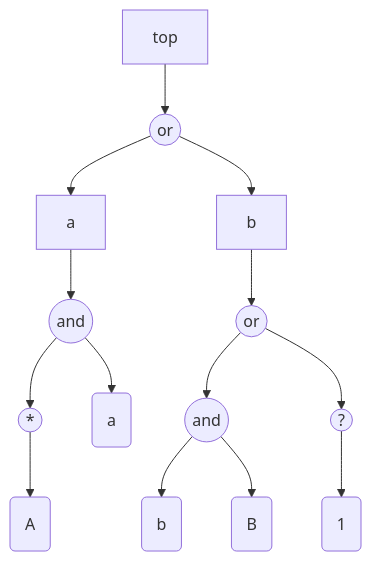
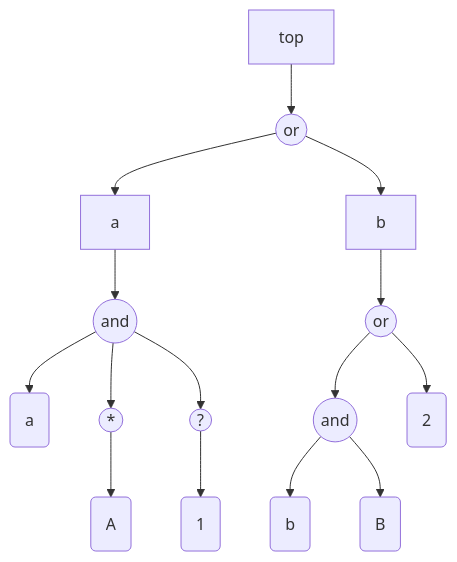
One commit to antononcube/Raku-FunctionalParsers changed the second of 3 diagrams in README.md. Above: the diagram before and after it, drawn with Mermaid. The commit also changed other lines of this file and 1 other file, not shown here.

Commit message:
docs:Better MermaidJS examples.

````diff
--- a/README.md
+++ b/README.md
@@ -355,30 +357,32 @@
 ```mermaid
 graph TD
-	opt14((?))
 	T:A(A)
+	T:B(B)
+	seq5((and))
+	alt12((or))
+	T:a(a)
+	rep7((*))
+	T:2(2)
+	NT:b[b]
+	opt9((?))
+	NT:a[a]
+	seq13((and))
 	T:b(b)
-	T:a(a)
+	alt1((or))
+	T:1(1)
 	NT:top[top]
-	rep7((*))
-	seq11((and))
-	NT:b[b]
-	T:1(1)
-	alt1((or))
-	seq5((and))
-	T:B(B)
-	NT:a[a]
-	alt10((or))
 	alt1 --> NT:a
 	alt1 --> NT:b
 	NT:top --> alt1
 	rep7 --> T:A
+	opt9 --> T:1
 	seq5 --> T:a
 	seq5 --> rep7
+	seq5 --> opt9
 	NT:a --> seq5
-	seq11 --> T:b
-	seq11 --> T:B
-	opt14 --> T:1
-	alt10 --> seq11
-	alt10 --> opt14
-	NT:b --> alt10
+	seq13 --> T:b
+	seq13 --> T:B
+	alt12 --> seq13
+	alt12 --> T:2
+	NT:b --> alt12
 ```
````
